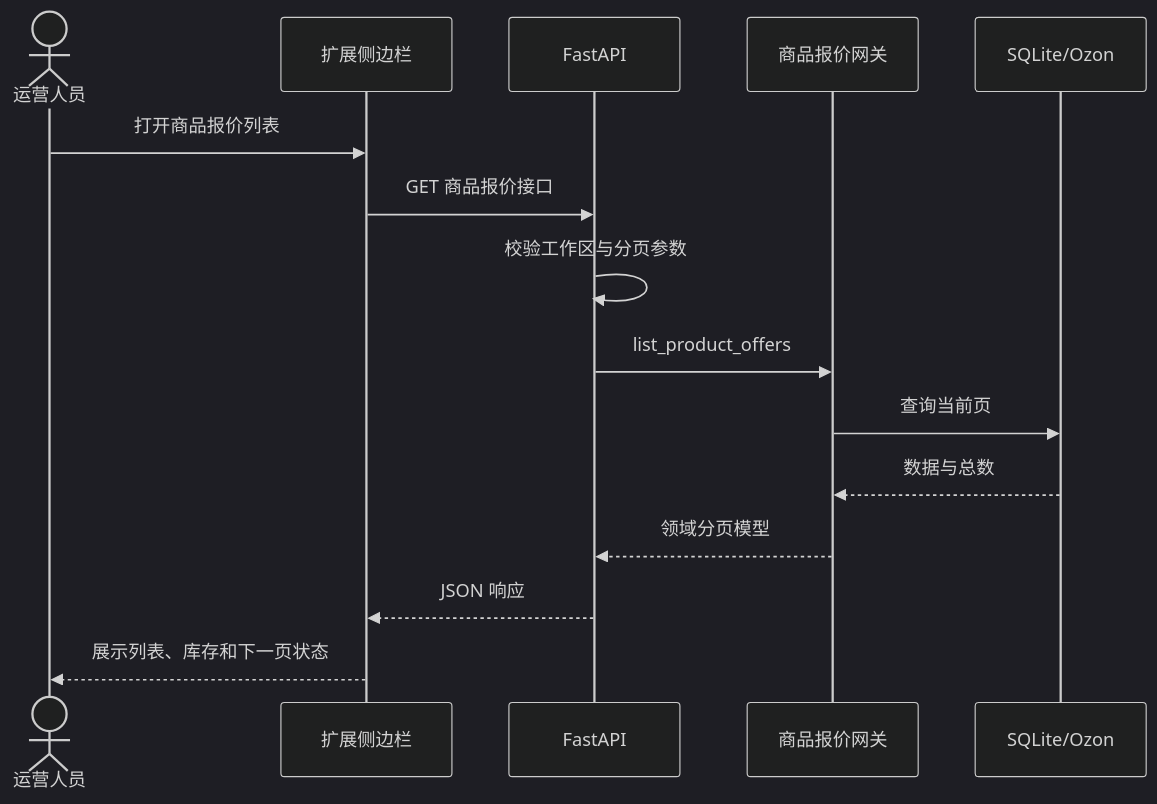
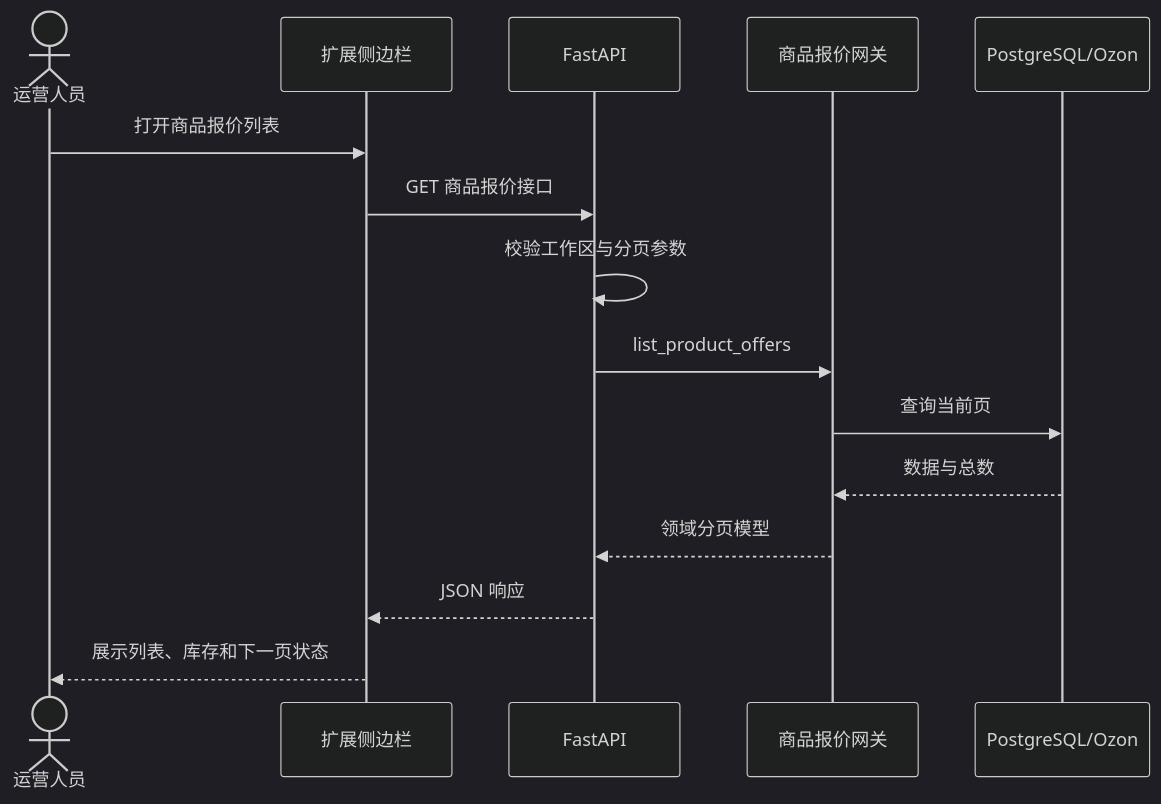
One commit to pengxdCSDN/ozonslj changed the sixth of 9 diagrams in docs/ARCHITECTURE.md. Above: the diagram before and after it, drawn with Mermaid (dark theme). The commit also changed other lines of this file and 43 other files, not shown here.

Commit message:
feat: 切换 PostgreSQL 并添加云端部署骨架

````diff
--- a/docs/ARCHITECTURE.md
+++ b/docs/ARCHITECTURE.md
@@ -130,17 +155,17 @@
 ```mermaid
 sequenceDiagram
     actor O as 运营人员
     participant UI as 扩展侧边栏
     participant API as FastAPI
     participant GW as 商品报价网关
-    participant DB as SQLite/Ozon
+    participant DB as PostgreSQL/Ozon
     O->>UI: 打开商品报价列表
     UI->>API: GET 商品报价接口
     API->>API: 校验工作区与分页参数
     API->>GW: list_product_offers
     GW->>DB: 查询当前页
     DB-->>GW: 数据与总数
     GW-->>API: 领域分页模型
     API-->>UI: JSON 响应
     UI-->>O: 展示列表、库存和下一页状态
 ```
````
